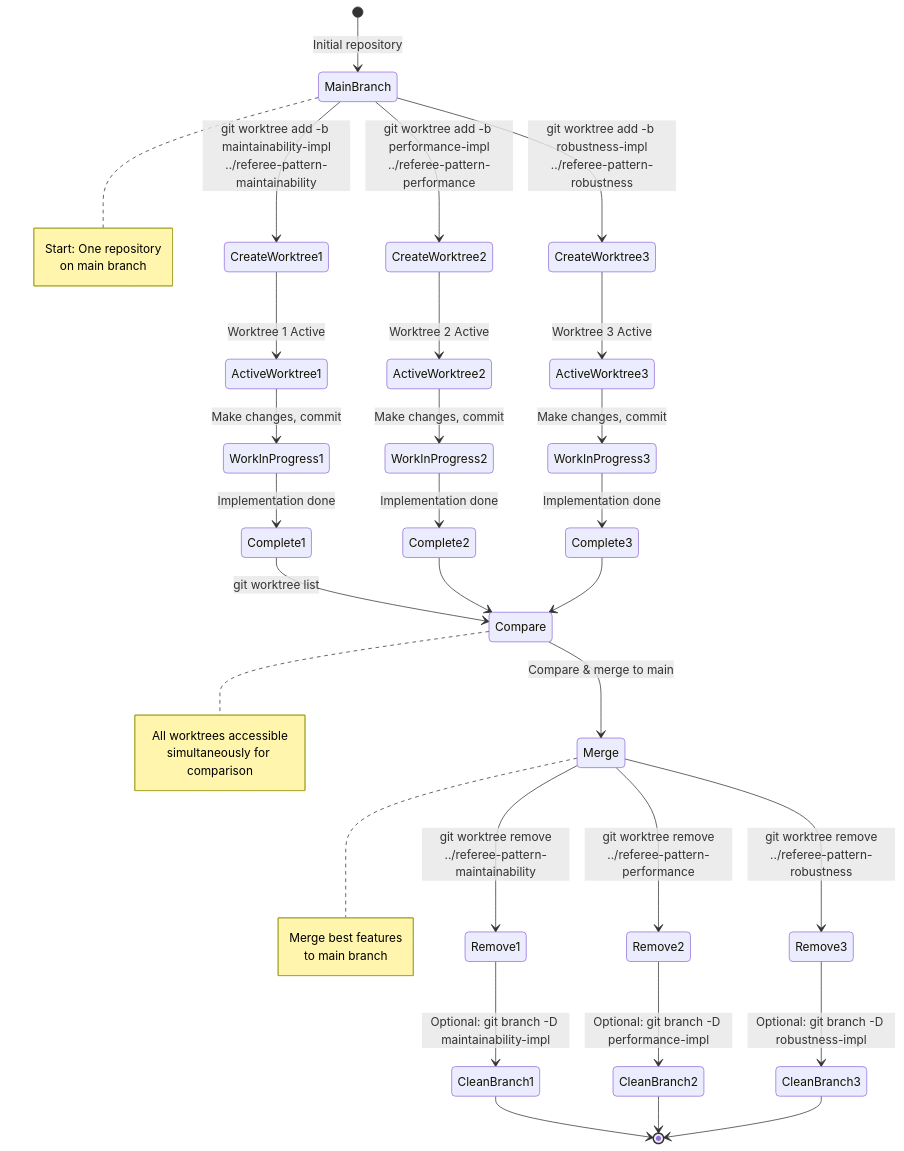
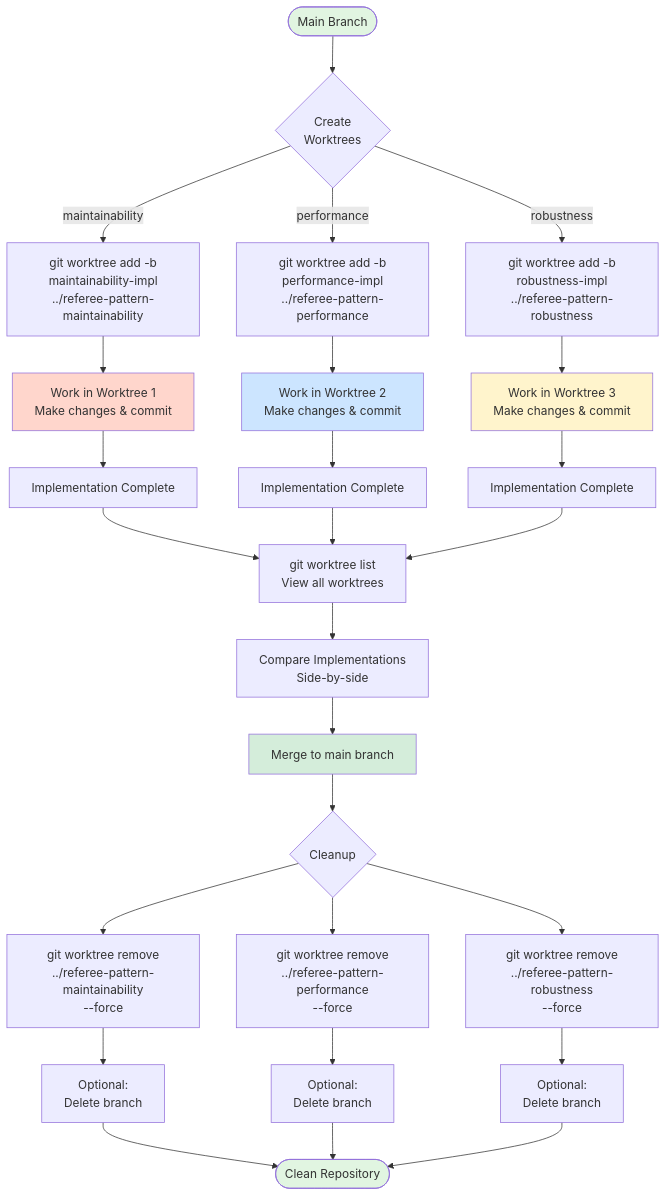
Before and after one commit to vibeacademy/referee-pattern: the sixth of 9 diagrams in VISUAL_GUIDE.md, drawn with Mermaid.

Commit message:
fix: resolve Mermaid parsing error in Git Worktree Operations diagram
Changed the state diagram to a flowchart to avoid parsing issues with git
command flags (specifically the -D flag) in state transition labels.

The flowchart provides the same information in a clearer, GitHub-compatible
format without syntax errors.

🤖 Generated with [Claude Code](https://claude.com/claude-code)

````diff
--- a/VISUAL_GUIDE.md
+++ b/VISUAL_GUIDE.md
@@ -308,53 +308,45 @@
 ```mermaid
-stateDiagram-v2
-    [*] --> MainBranch: Initial repository
+flowchart TD
+    Start([Main Branch]) --> Create{Create<br/>Worktrees}
 
-    MainBranch --> CreateWorktree1: git worktree add -b maintainability-impl<br/>../referee-pattern-maintainability
-    MainBranch --> CreateWorktree2: git worktree add -b performance-impl<br/>../referee-pattern-performance
-    MainBranch --> CreateWorktree3: git worktree add -b robustness-impl<br/>../referee-pattern-robustness
+    Create -->|maintainability| WT1[git worktree add -b<br/>maintainability-impl<br/>../referee-pattern-maintainability]
+    Create -->|performance| WT2[git worktree add -b<br/>performance-impl<br/>../referee-pattern-performance]
+    Create -->|robustness| WT3[git worktree add -b<br/>robustness-impl<br/>../referee-pattern-robustness]
 
-    CreateWorktree1 --> ActiveWorktree1: Worktree 1 Active
-    CreateWorktree2 --> ActiveWorktree2: Worktree 2 Active
-    CreateWorktree3 --> ActiveWorktree3: Worktree 3 Active
+    WT1 --> Work1[Work in Worktree 1<br/>Make changes & commit]
+    WT2 --> Work2[Work in Worktree 2<br/>Make changes & commit]
+    WT3 --> Work3[Work in Worktree 3<br/>Make changes & commit]
 
-    ActiveWorktree1 --> WorkInProgress1: Make changes, commit
-    ActiveWorktree2 --> WorkInProgress2: Make changes, commit
-    ActiveWorktree3 --> WorkInProgress3: Make changes, commit
+    Work1 --> Done1[Implementation Complete]
+    Work2 --> Done2[Implementation Complete]
+    Work3 --> Done3[Implementation Complete]
 
-    WorkInProgress1 --> Complete1: Implementation done
-    WorkInProgress2 --> Complete2: Implementation done
-    WorkInProgress3 --> Complete3: Implementation done
+    Done1 --> List[git worktree list<br/>View all worktrees]
+    Done2 --> List
+    Done3 --> List
 
-    Complete1 --> Compare: git worktree list
-    Complete2 --> Compare
-    Complete3 --> Compare
+    List --> Compare[Compare Implementations<br/>Side-by-side]
 
-    Compare --> Merge: Compare & merge to main
+    Compare --> MergeMain[Merge to main branch]
 
-    Merge --> Remove1: git worktree remove<br/>../referee-pattern-maintainability
-    Merge --> Remove2: git worktree remove<br/>../referee-pattern-performance
-    Merge --> Remove3: git worktree remove<br/>../referee-pattern-robustness
+    MergeMain --> Clean{Cleanup}
 
-    Remove1 --> CleanBranch1: Optional: git branch -D maintainability-impl
-    Remove2 --> CleanBranch2: Optional: git branch -D performance-impl
-    Remove3 --> CleanBranch3: Optional: git branch -D robustness-impl
+    Clean --> Remove1[git worktree remove<br/>../referee-pattern-maintainability<br/>--force]
+    Clean --> Remove2[git worktree remove<br/>../referee-pattern-performance<br/>--force]
+    Clean --> Remove3[git worktree remove<br/>../referee-pattern-robustness<br/>--force]
 
-    CleanBranch1 --> [*]
-    CleanBranch2 --> [*]
-    CleanBranch3 --> [*]
+    Remove1 --> Optional1[Optional:<br/>Delete branch]
+    Remove2 --> Optional2[Optional:<br/>Delete branch]
+    Remove3 --> Optional3[Optional:<br/>Delete branch]
 
-    note right of MainBranch
-        Start: One repository
-        on main branch
-    end note
+    Optional1 --> End([Clean Repository])
+    Optional2 --> End
+    Optional3 --> End
 
-    note right of Compare
-        All worktrees accessible
-        simultaneously for comparison
-    end note
-
-    note right of Merge
-        Merge best features
-        to main branch
-    end note
+    style Start fill:#e1f5e1
+    style End fill:#e1f5e1
+    style Work1 fill:#ffd6cc
+    style Work2 fill:#cce5ff
+    style Work3 fill:#fff4cc
+    style MergeMain fill:#d4edda
 ```
````
